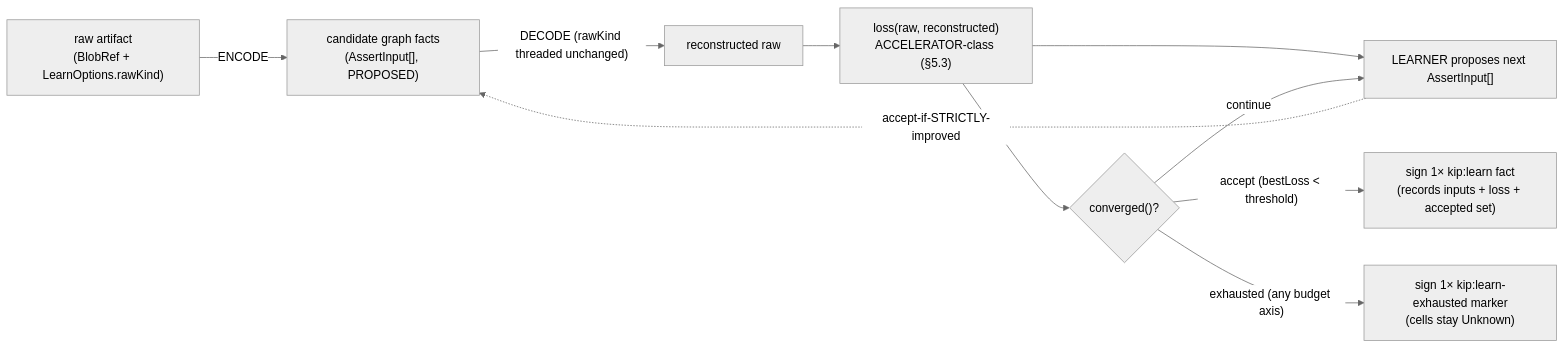
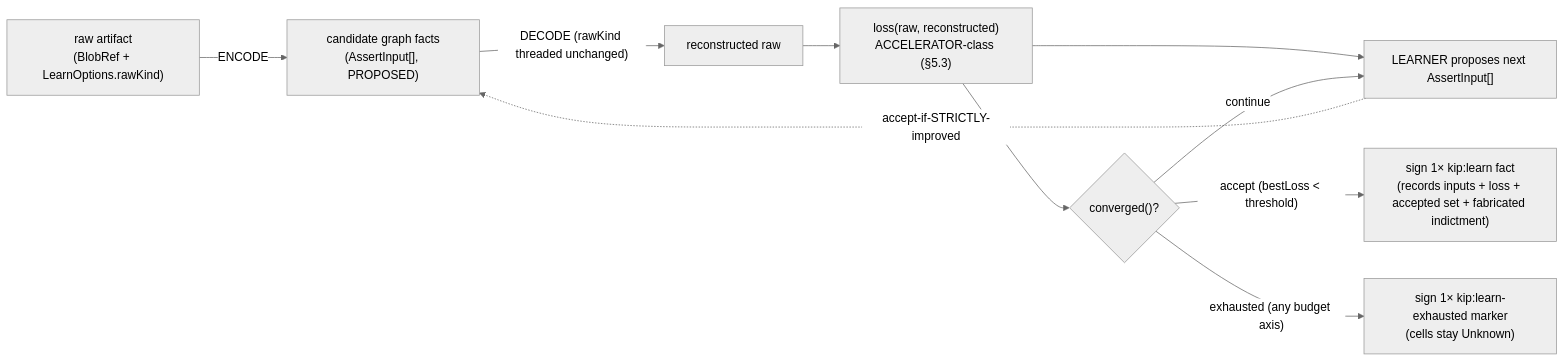
One commit to a5c-ai/babysitter changed the diagram in packages/kip-sdk/docs/32-knowledge-autoencoding.md. Above: the diagram before and after it, drawn with Mermaid (neutral theme). The commit also changed other lines of this file and 9 other files, not shown here.

Commit message:
fix(kip-sdk): round-4 widen graph-qa subject anchor, collapse dead recall filter, LF+gitattributes, doc sync

````diff
--- a/packages/kip-sdk/docs/32-knowledge-autoencoding.md
+++ b/packages/kip-sdk/docs/32-knowledge-autoencoding.md
@@ -20,12 +20,12 @@
 ```mermaid
 flowchart LR
     RAW["raw artifact<br/>(BlobRef + LearnOptions.rawKind)"] -->|ENCODE| CF["candidate graph facts<br/>(AssertInput[], PROPOSED)"]
     CF -->|"DECODE (rawKind threaded unchanged)"| REC["reconstructed raw"]
     REC --> LOSS["loss(raw, reconstructed)<br/>ACCELERATOR-class (§5.3)"]
     LOSS --> LEARN["LEARNER proposes next AssertInput[]"]
     LEARN -.->|"accept-if-STRICTLY-improved"| CF
     LOSS --> CONV{"converged()?"}
-    CONV -->|"accept (bestLoss < threshold)"| KL["sign 1× kip:learn fact<br/>(records inputs + loss + accepted set)"]
+    CONV -->|"accept (bestLoss < threshold)"| KL["sign 1× kip:learn fact<br/>(records inputs + loss + accepted set + fabricated indictment)"]
     CONV -->|"exhausted (any budget axis)"| KLE["sign 1× kip:learn-exhausted marker<br/>(cells stay Unknown)"]
     CONV -->|"continue"| LEARN
 ```
````
